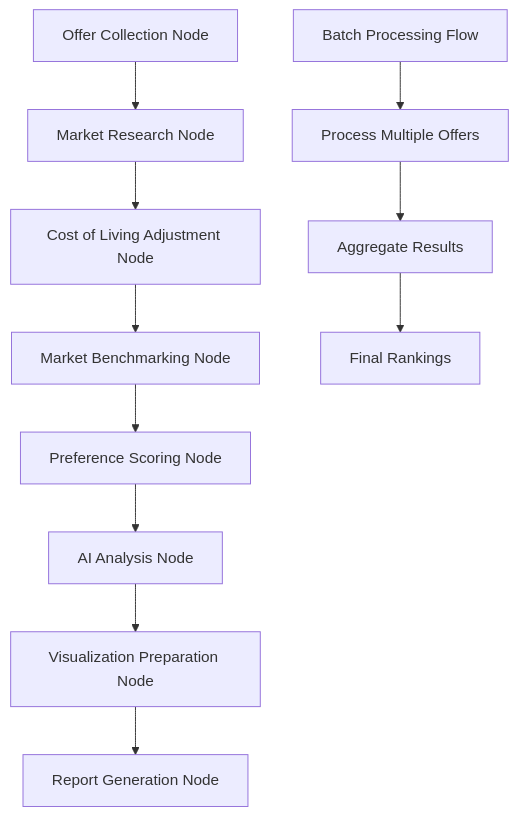
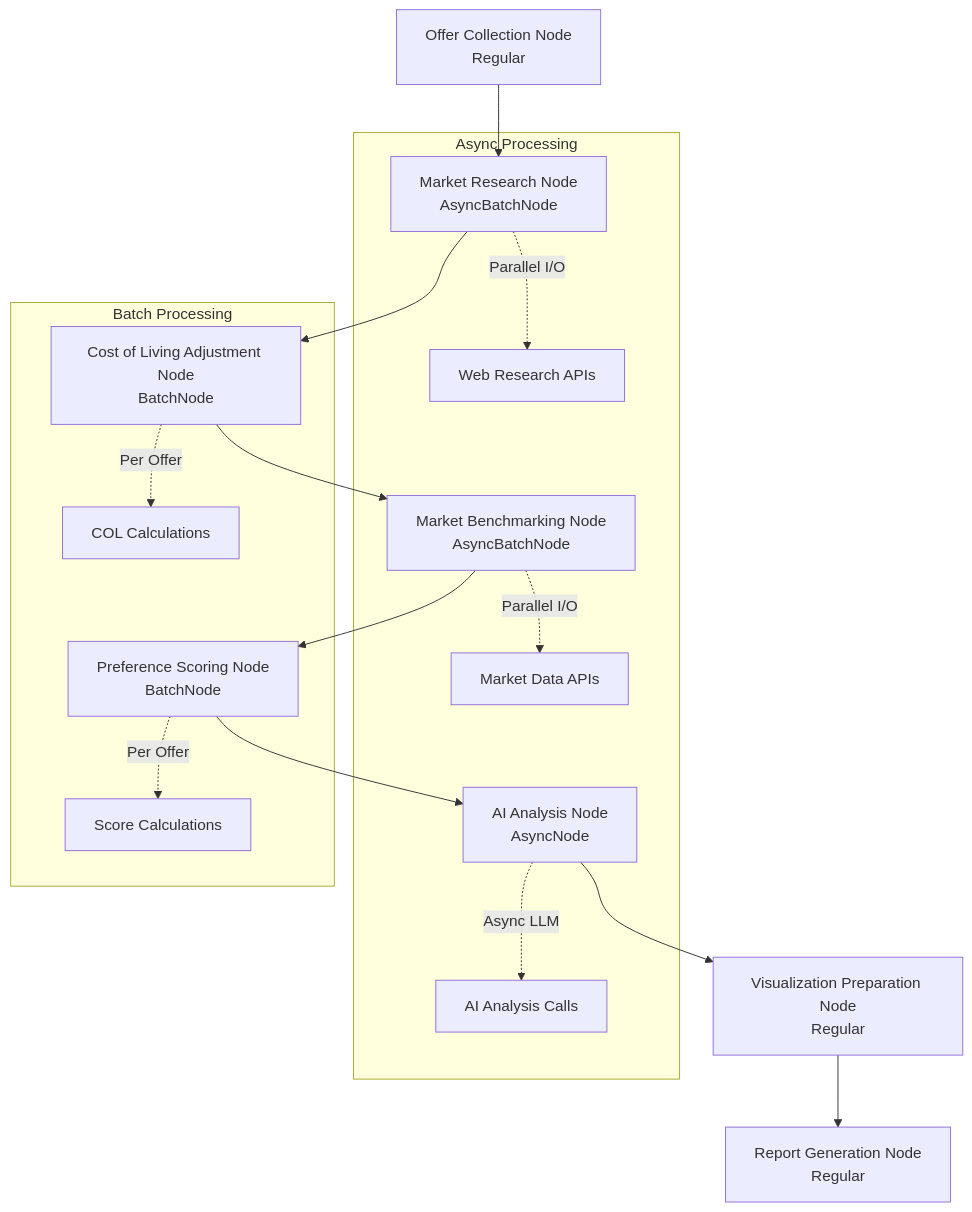
One commit to adityasoni99/OfferComparision changed the diagram in docs/design.md. Above: the diagram before and after it, drawn with Mermaid. The commit also changed other lines of this file and 64 other files, not shown here.

````diff
--- a/docs/design.md
+++ b/docs/design.md
@@ -51,14 +51,21 @@
 ```mermaid
 flowchart TD
-    A[Offer Collection Node] --> B[Market Research Node]
-    B --> C[Cost of Living Adjustment Node]
-    C --> D[Market Benchmarking Node]
-    D --> E[Preference Scoring Node]
-    E --> F[AI Analysis Node]
-    F --> G[Visualization Preparation Node]
-    G --> H[Report Generation Node]
+    A[Offer Collection Node<br/>Regular] --> B[Market Research Node<br/>AsyncBatchNode]
+    B --> C[Cost of Living Adjustment Node<br/>BatchNode]
+    C --> D[Market Benchmarking Node<br/>AsyncBatchNode]
+    D --> E[Preference Scoring Node<br/>BatchNode]
+    E --> F[AI Analysis Node<br/>AsyncNode]
+    F --> G[Visualization Preparation Node<br/>Regular]
+    G --> H[Report Generation Node<br/>Regular]
     
-    I[Batch Processing Flow] --> J[Process Multiple Offers]
-    J --> K[Aggregate Results]
-    K --> L[Final Rankings]
+    subgraph "Async Processing"
+        B -.->|Parallel I/O| B1[Web Research APIs]
+        D -.->|Parallel I/O| D1[Market Data APIs]
+        F -.->|Async LLM| F1[AI Analysis Calls]
+    end
+    
+    subgraph "Batch Processing"
+        C -.->|Per Offer| C1[COL Calculations]
+        E -.->|Per Offer| E1[Score Calculations]
+    end
 ```
````
